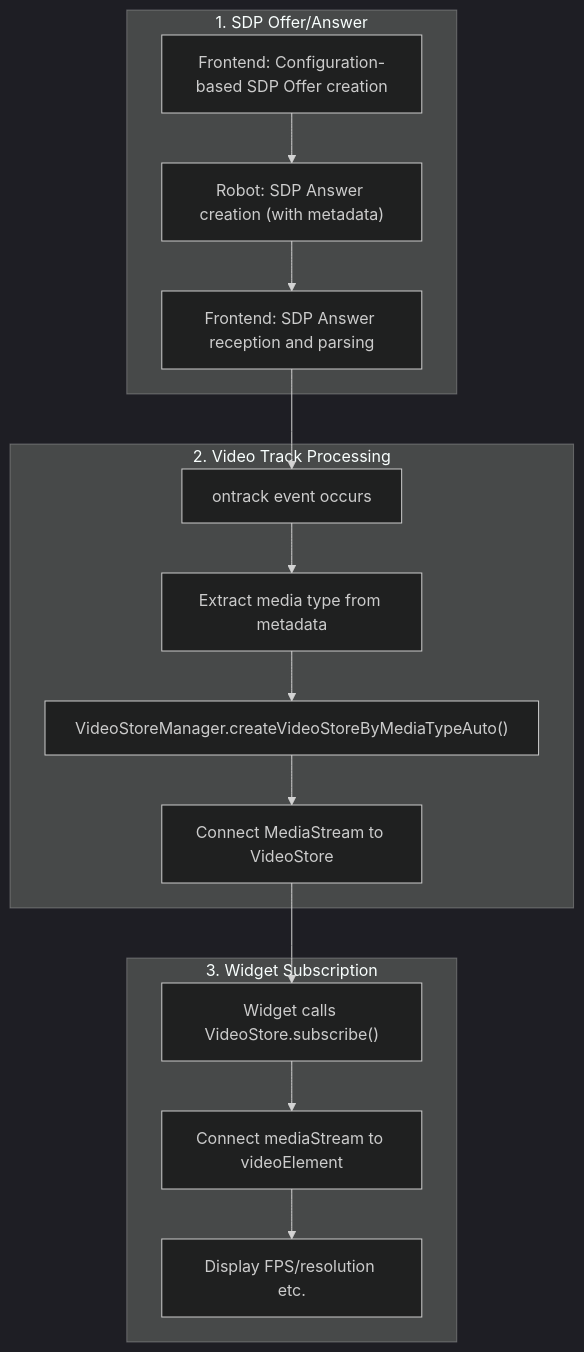
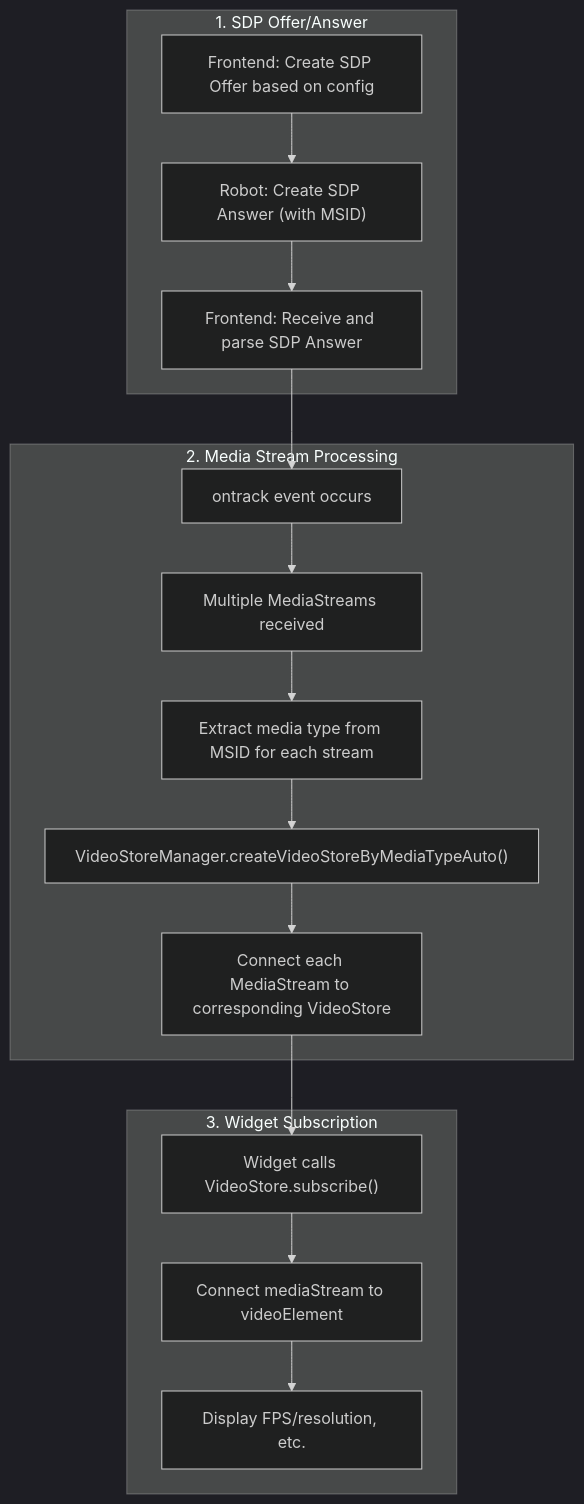
One commit to ACSL-MOSAIC/MOSAIC-Server changed the fourth of 4 diagrams in docs/MEDIASTREAM_SETUP.md. Above: the diagram before and after it, drawn with Mermaid (dark theme). The commit also changed other lines of this file, not shown here.

Commit message:
Media stream docs

````diff
--- a/docs/MEDIASTREAM_SETUP.md
+++ b/docs/MEDIASTREAM_SETUP.md
@@ -510,20 +252,21 @@
 ```mermaid
 flowchart TD
     subgraph "1. SDP Offer/Answer"
-      A1["Frontend: Configuration-based SDP Offer creation"] --> A2["Robot: SDP Answer creation (with metadata)"]
-      A2 --> A3["Frontend: SDP Answer reception and parsing"]
+      A1["Frontend: Create SDP Offer based on config"] --> A2["Robot: Create SDP Answer (with MSID)"]
+      A2 --> A3["Frontend: Receive and parse SDP Answer"]
     end
 
-    subgraph "2. Video Track Processing"
+    subgraph "2. Media Stream Processing"
       A3 --> B1["ontrack event occurs"]
-      B1 --> B2["Extract media type from metadata"]
-      B2 --> B3["VideoStoreManager.createVideoStoreByMediaTypeAuto()"]
-      B3 --> B4["Connect MediaStream to VideoStore"]
+      B1 --> B2["Multiple MediaStreams received"]
+      B2 --> B3["Extract media type from MSID for each stream"]
+      B3 --> B4["VideoStoreManager.createVideoStoreByMediaTypeAuto()"]
+      B4 --> B5["Connect each MediaStream to corresponding VideoStore"]
     end
 
     subgraph "3. Widget Subscription"
-      B4 --> C1["Widget calls VideoStore.subscribe()"]
+      B5 --> C1["Widget calls VideoStore.subscribe()"]
       C1 --> C2["Connect mediaStream to videoElement"]
-      C2 --> C3["Display FPS/resolution etc."]
+      C2 --> C3["Display FPS/resolution, etc."]
     end
 ```
````
